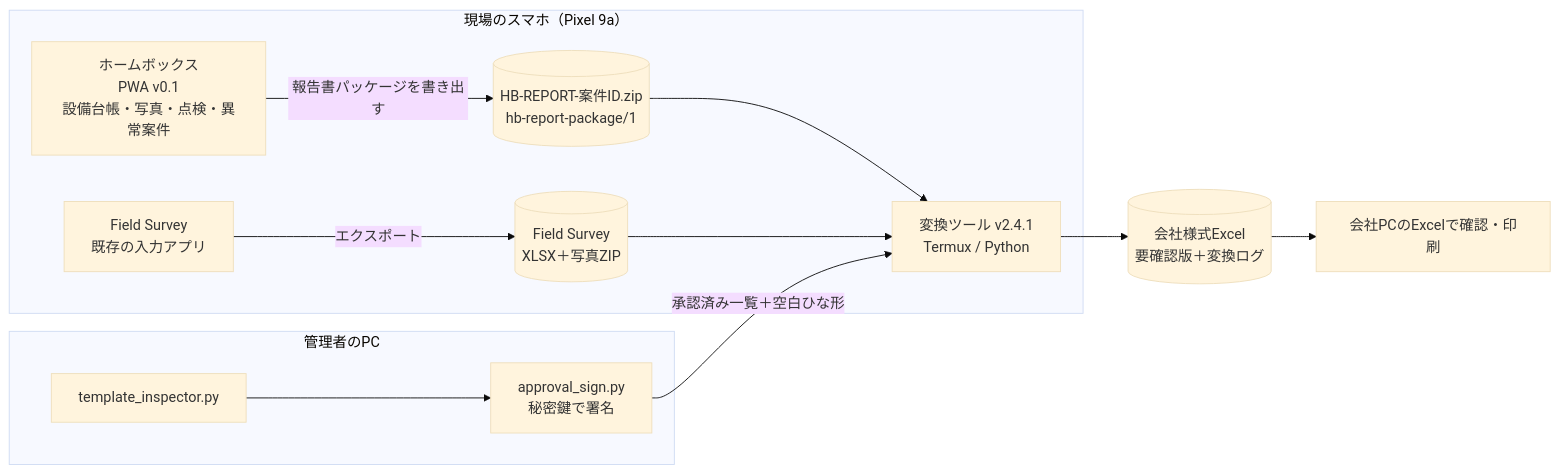
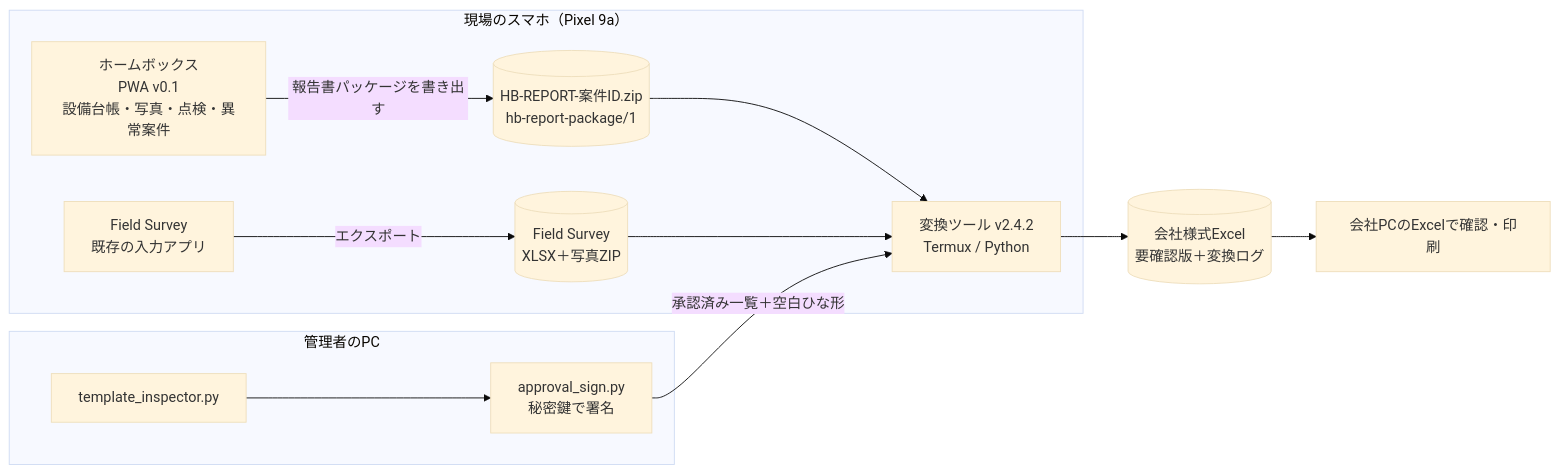
Before and after one commit to bohita7783-star/cloud: the diagram in homebox-app/ARCHITECTURE.md, drawn with Mermaid (base theme). The commit also changed other lines of this file and 5 other files, not shown here.

````diff
--- a/homebox-app/ARCHITECTURE.md
+++ b/homebox-app/ARCHITECTURE.md
@@ -8,20 +8,20 @@
 ```mermaid
 flowchart LR
   subgraph phone[現場のスマホ（Pixel 9a）]
     HB[ホームボックス<br/>PWA v0.1<br/>設備台帳・写真・点検・異常案件]
     FS[Field Survey<br/>既存の入力アプリ]
     PKG[(HB-REPORT-案件ID.zip<br/>hb-report-package/1)]
     FSX[(Field Survey<br/>XLSX＋写真ZIP)]
-    CV[変換ツール v2.4.1<br/>Termux / Python]
+    CV[変換ツール v2.4.2<br/>Termux / Python]
     HB -- 報告書パッケージを書き出す --> PKG
     FS -- エクスポート --> FSX
     PKG --> CV
     FSX --> CV
   end
   subgraph admin[管理者のPC]
     INS[template_inspector.py] --> SIGN[approval_sign.py<br/>秘密鍵で署名]
   end
   SIGN -- 承認済み一覧＋空白ひな形 --> CV
   CV --> XLS[(会社様式Excel<br/>要確認版＋変換ログ)]
   XLS --> PC[会社PCのExcelで確認・印刷]
 ```
````
